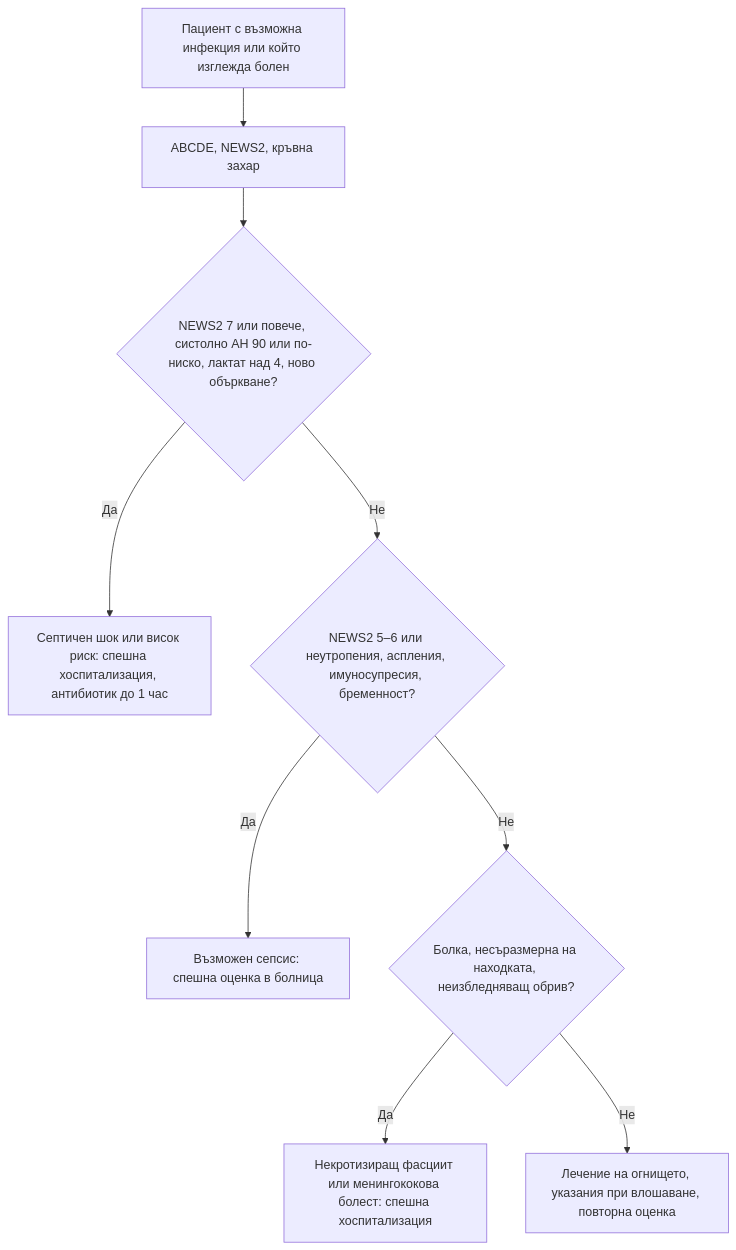
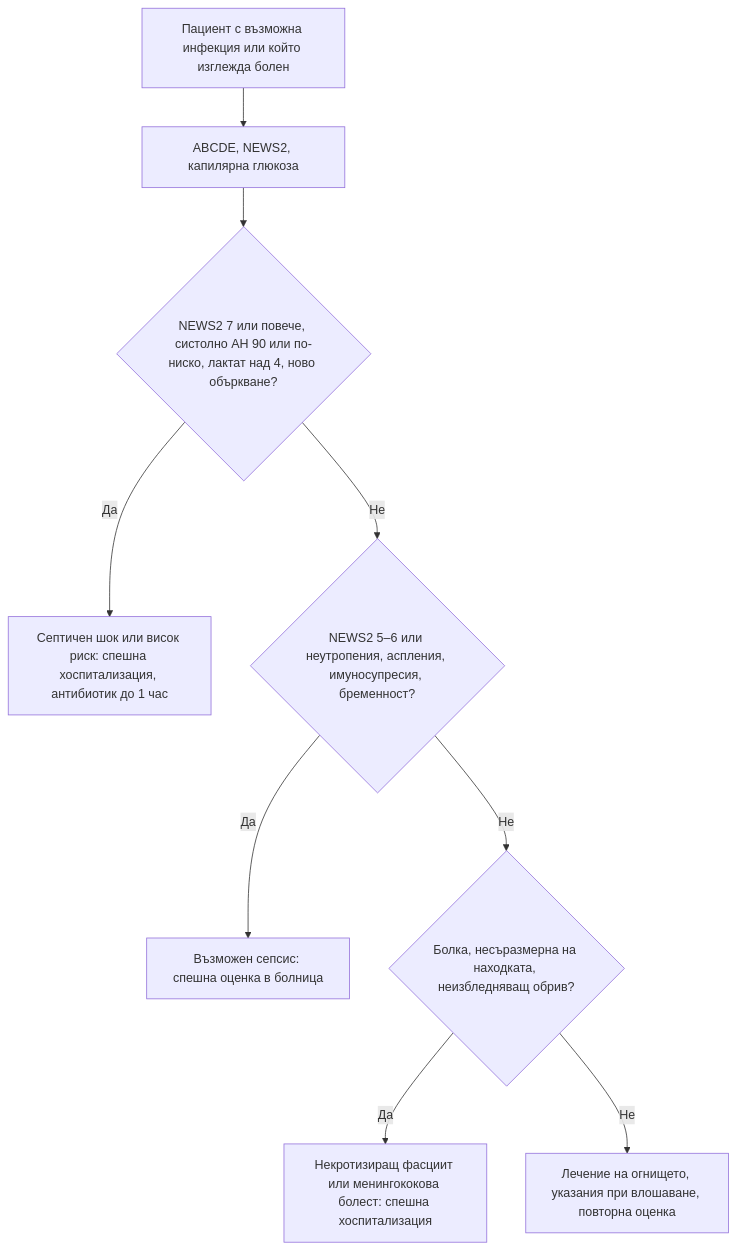
Before and after one commit to yancho26/yancho: the diagram in glavi/77-sepsis.md, drawn with Mermaid. The commit also changed other lines of this file and 16 other files, not shown here.

First line of the commit message:
Научен стил и терминология: капилярна глюкоза, екстракция на зъб, рентгенография, каплевиден псориазис; без разговорни „значи“ и „хапчета“

````diff
--- a/glavi/77-sepsis.md
+++ b/glavi/77-sepsis.md
@@ -229,13 +229,13 @@
 ```mermaid
 flowchart TD
     accTitle: Диагностичен алгоритъм при подозрение за сепсис
     accDescr: Блок-схема. Начало: Пациент с възможна инфекция или който изглежда болен. Въпроси: NEWS2 7 или повече, систолно АН 90 или по-ниско, лактат над 4, ново объркване? · NEWS2 5–6 или неутропения, аспления, имуносупресия, бременност? · Болка, несъразмерна на находката, неизбледняващ обрив? Пълното текстово описание е под схемата.
-    A["Пациент с възможна инфекция или който изглежда болен"] --> B["ABCDE, NEWS2, кръвна захар"]
+    A["Пациент с възможна инфекция или който изглежда болен"] --> B["ABCDE, NEWS2, капилярна глюкоза"]
     B --> C{"NEWS2 7 или повече, систолно АН 90 или по-ниско, лактат над 4, ново объркване?"}
     C -->|Да| D["Септичен шок или висок риск: спешна хоспитализация, антибиотик до 1 час"]
     C -->|Не| E{"NEWS2 5–6 или неутропения, аспления, имуносупресия, бременност?"}
     E -->|Да| F["Възможен сепсис: спешна оценка в болница"]
     E -->|Не| G{"Болка, несъразмерна на находката, неизбледняващ обрив?"}
     G -->|Да| H["Некротизиращ фасциит или менингококова болест: спешна хоспитализация"]
     G -->|Не| I["Лечение на огнището, указания при влошаване, повторна оценка"]
 ```
````
